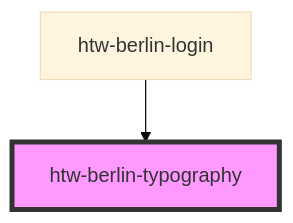
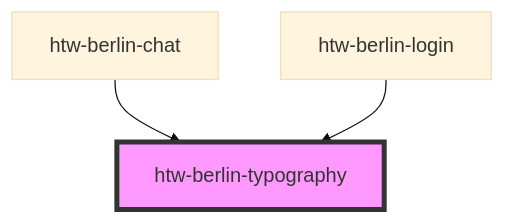
One commit to kevinklaus/htw-ds-webcomponents changed the diagram in src/components/htw-berlin-typography/readme.md. Above: the diagram before and after it, drawn with Mermaid (base theme). The commit also changed other lines of this file and 4 other files, not shown here.

````diff
--- a/src/components/htw-berlin-typography/readme.md
+++ b/src/components/htw-berlin-typography/readme.md
@@ -25,5 +26,6 @@
 ```mermaid
 graph TD;
+  htw-berlin-chat --> htw-berlin-typography
   htw-berlin-login --> htw-berlin-typography
   style htw-berlin-typography fill:#f9f,stroke:#333,stroke-width:4px
 ```
````
